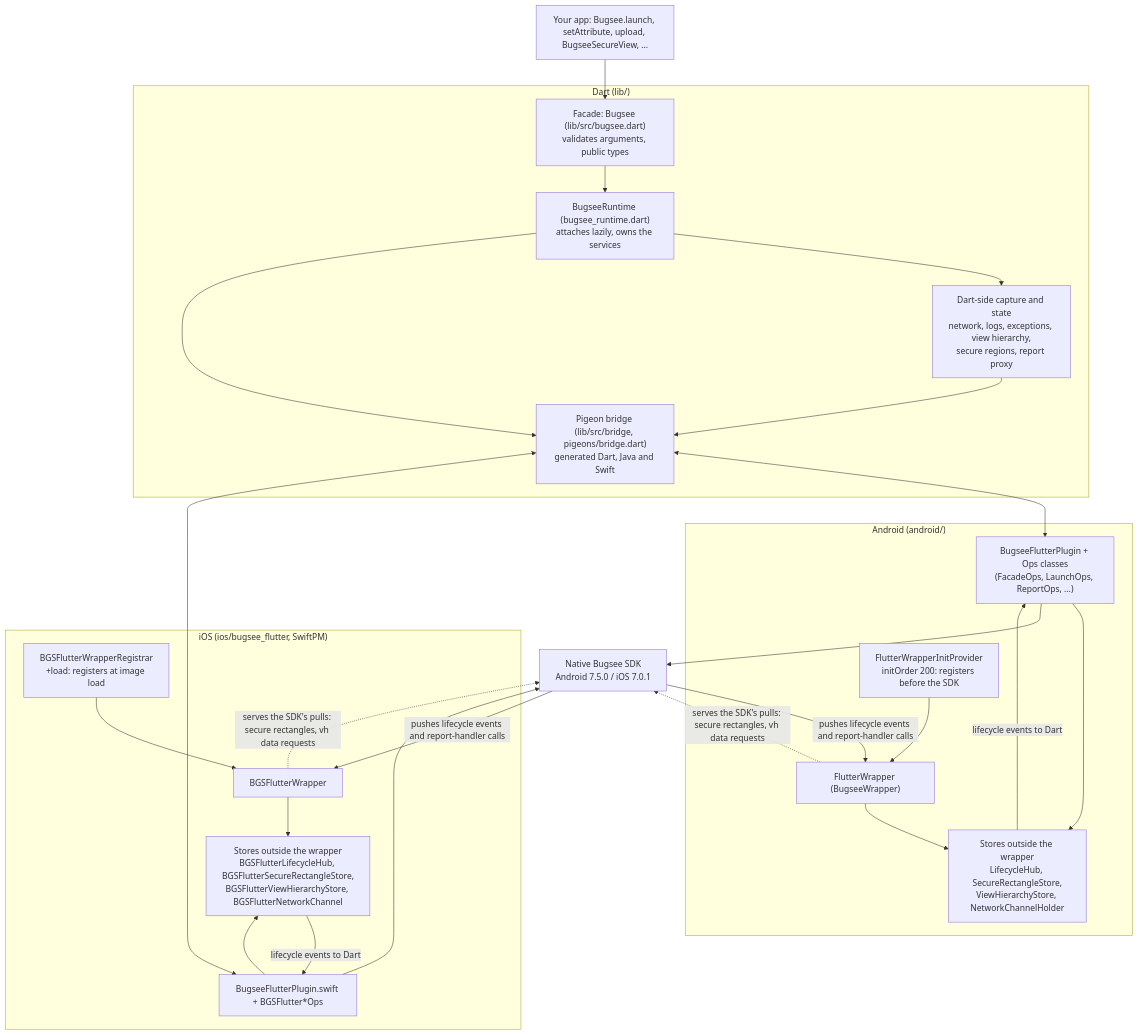
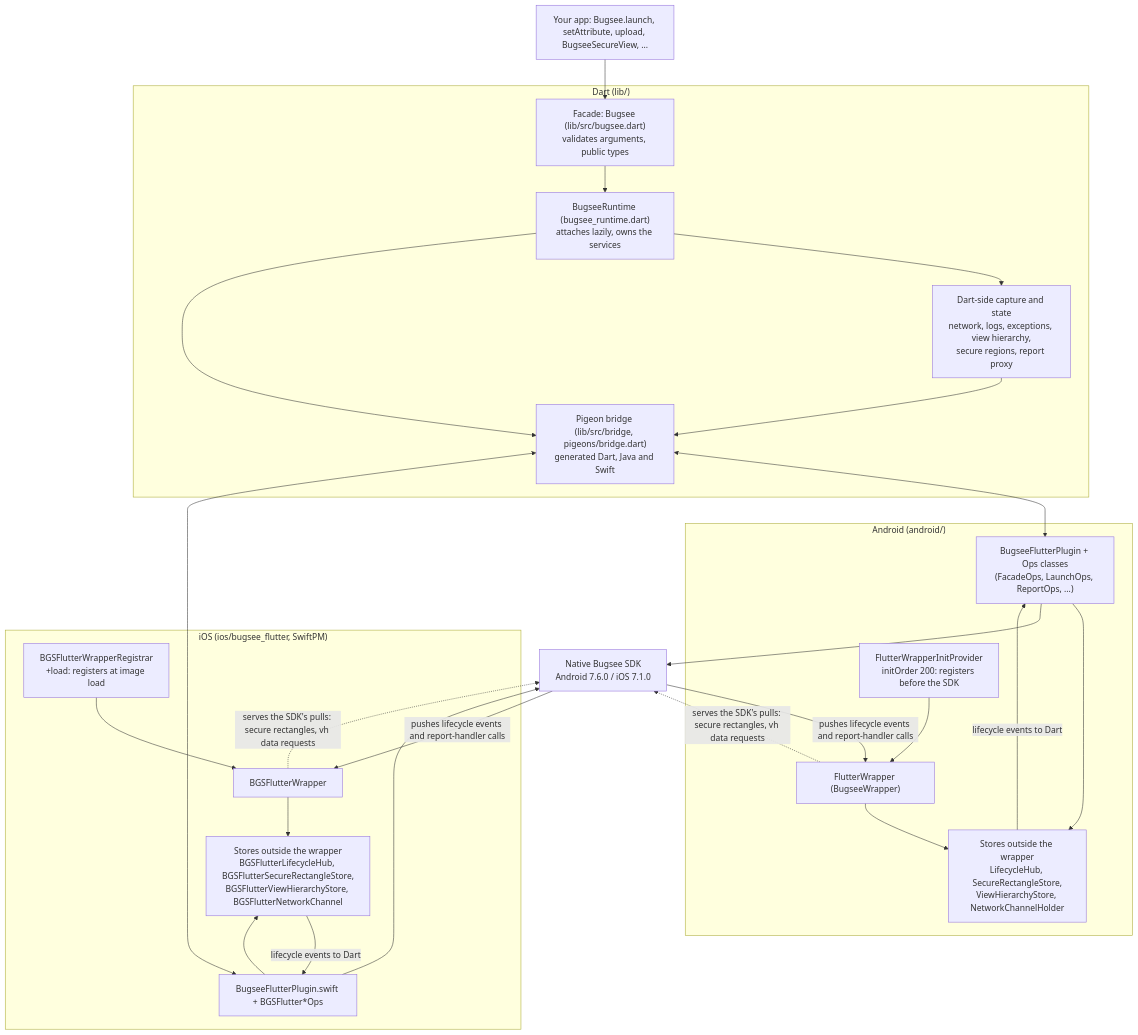
The diagram in doc/architecture.md (bugsee/bugsee-flutter), drawn with Mermaid before and after one commit. The commit also changed 25 other files, not shown here.

First line of the commit message:
Adopt Android SDK 7.6.0, iOS SDK 7.1.0 and Gradle plugin 4.1.1

````diff
--- a/doc/architecture.md
+++ b/doc/architecture.md
@@ -8,48 +8,48 @@
 ```mermaid
 flowchart TB
   app["Your app: Bugsee.launch, setAttribute, upload, BugseeSecureView, ..."]
 
   subgraph dart["Dart (lib/)"]
     facade["Facade: Bugsee (lib/src/bugsee.dart)<br/>validates arguments, public types"]
     runtime["BugseeRuntime (bugsee_runtime.dart)<br/>attaches lazily, owns the services"]
     services["Dart-side capture and state<br/>network, logs, exceptions, view hierarchy,<br/>secure regions, report proxy"]
     bridge["Pigeon bridge (lib/src/bridge, pigeons/bridge.dart)<br/>generated Dart, Java and Swift"]
     facade --> runtime --> services
     runtime --> bridge
     services --> bridge
   end
 
   subgraph android["Android (android/)"]
     aprov["FlutterWrapperInitProvider<br/>initOrder 200: registers before the SDK"]
     aplug["BugseeFlutterPlugin + Ops classes<br/>(FacadeOps, LaunchOps, ReportOps, ...)"]
     awrap["FlutterWrapper (BugseeWrapper)"]
     astores["Stores outside the wrapper<br/>LifecycleHub, SecureRectangleStore,<br/>ViewHierarchyStore, NetworkChannelHolder"]
     aprov --> awrap
     aplug --> astores
     awrap --> astores
   end
 
   subgraph ios["iOS (ios/bugsee_flutter, SwiftPM)"]
     ireg["BGSFlutterWrapperRegistrar<br/>+load: registers at image load"]
     iplug["BugseeFlutterPlugin.swift + BGSFlutter*Ops"]
     iwrap["BGSFlutterWrapper"]
     istores["Stores outside the wrapper<br/>BGSFlutterLifecycleHub, BGSFlutterSecureRectangleStore,<br/>BGSFlutterViewHierarchyStore, BGSFlutterNetworkChannel"]
     ireg --> iwrap
     iplug --> istores
     iwrap --> istores
   end
 
-  sdk["Native Bugsee SDK<br/>Android 7.5.0 / iOS 7.0.1"]
+  sdk["Native Bugsee SDK<br/>Android 7.6.0 / iOS 7.1.0"]
 
   app --> facade
   bridge <--> aplug
   bridge <--> iplug
   aplug --> sdk
   iplug --> sdk
   sdk -->|"pushes lifecycle events and report-handler calls"| awrap
   sdk -->|"pushes lifecycle events and report-handler calls"| iwrap
   awrap -.->|"serves the SDK's pulls: secure rectangles, vh data requests"| sdk
   iwrap -.->|"serves the SDK's pulls: secure rectangles, vh data requests"| sdk
   astores -->|"lifecycle events to Dart"| aplug
   istores -->|"lifecycle events to Dart"| iplug
 ```
````
